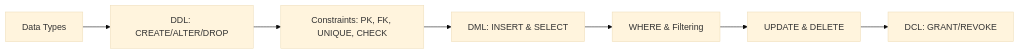
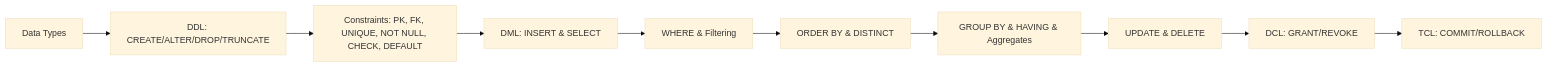
One commit to Raushan666java/ai-engineering-journey changed the diagram in docs/courses/database-management-systems/04-sql-basics.md. Above: the diagram before and after it, drawn with Mermaid (base theme). The commit also changed other lines of this file and 18 other files, not shown here.

````diff
--- a/docs/courses/database-management-systems/04-sql-basics.md
+++ b/docs/courses/database-management-systems/04-sql-basics.md
@@ -27,9 +30,12 @@
 ```mermaid
 flowchart LR
-    A[Data Types] --> B[DDL: CREATE/ALTER/DROP]
-    B --> C[Constraints: PK, FK, UNIQUE, CHECK]
+    A[Data Types] --> B[DDL: CREATE/ALTER/DROP/TRUNCATE]
+    B --> C[Constraints: PK, FK, UNIQUE, NOT NULL, CHECK, DEFAULT]
     C --> D[DML: INSERT & SELECT]
     D --> E[WHERE & Filtering]
-    E --> F[UPDATE & DELETE]
-    F --> G[DCL: GRANT/REVOKE]
+    E --> F[ORDER BY & DISTINCT]
+    F --> G[GROUP BY & HAVING & Aggregates]
+    G --> H[UPDATE & DELETE]
+    H --> I[DCL: GRANT/REVOKE]
+    I --> J[TCL: COMMIT/ROLLBACK]
 ```
````
